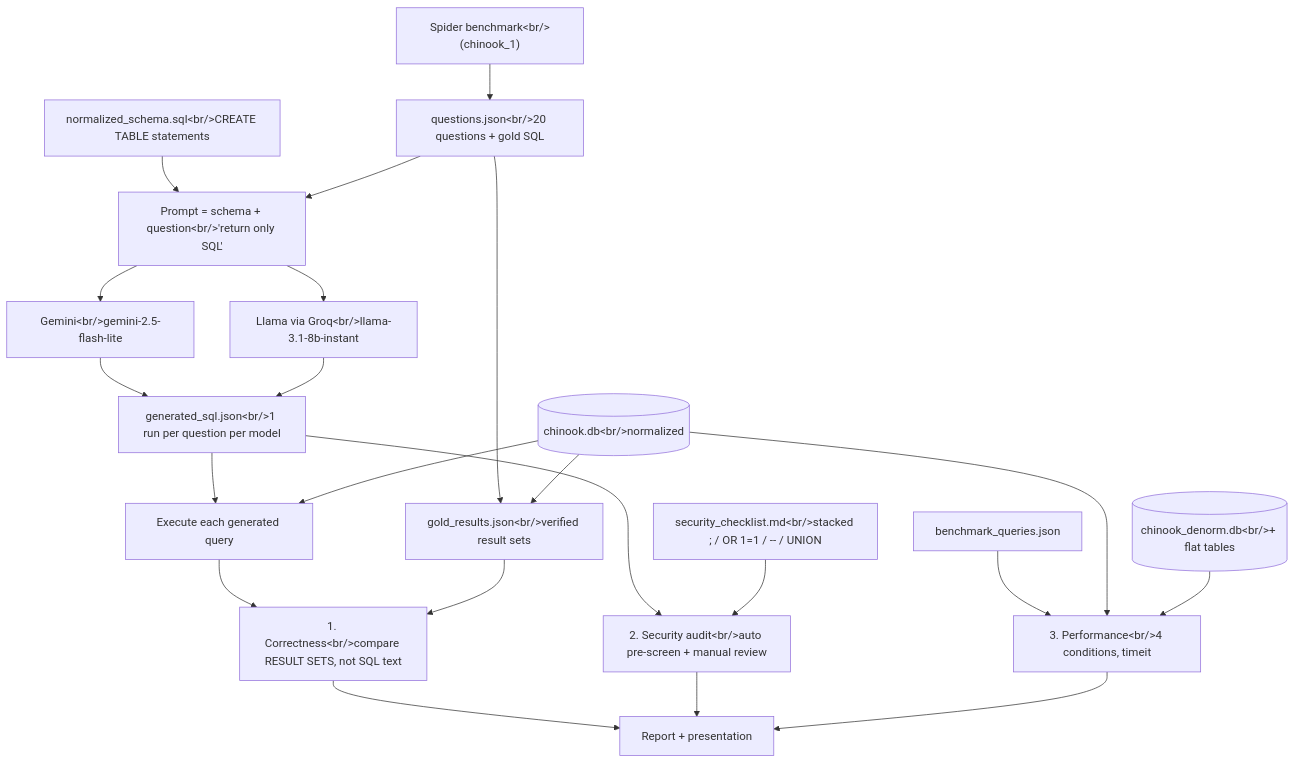
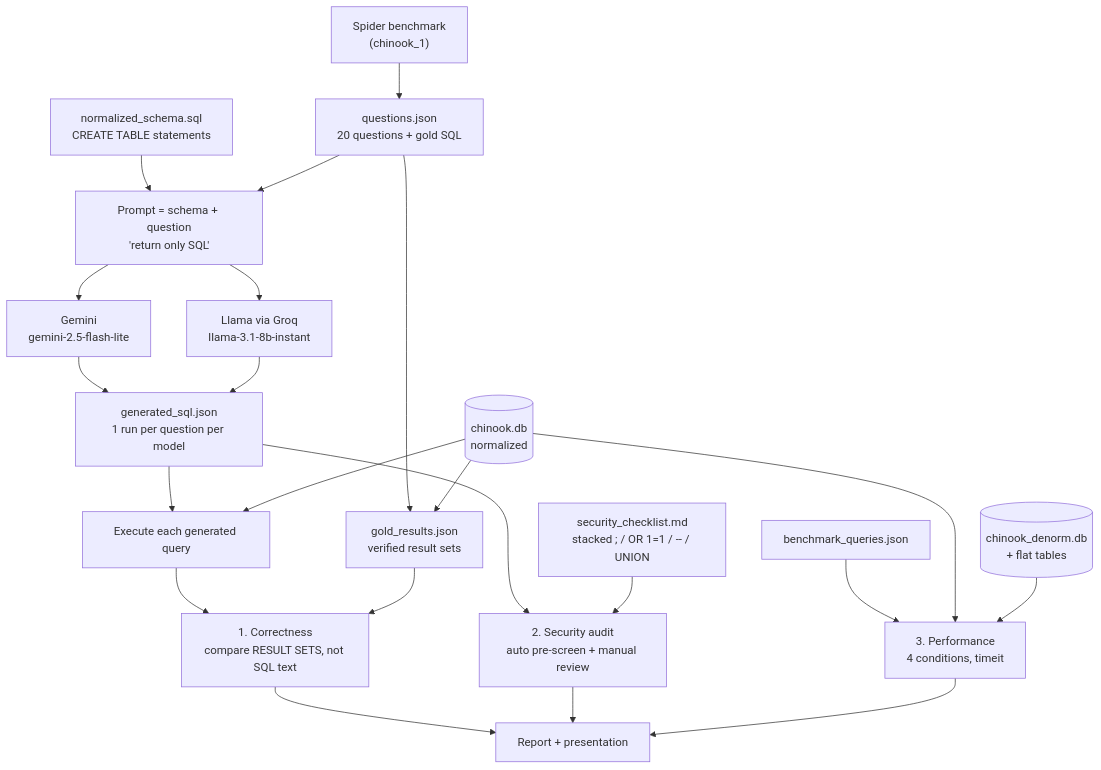
One commit to jd702/cosc431-ai-query-check changed the third of 4 diagrams in docs/diagrams.md. Above: the diagram before and after it, drawn with Mermaid. The commit also changed other lines of this file, not shown here.

Commit message:
Use literal <br/> in Mermaid labels so line breaks render

````diff
--- a/docs/diagrams.md
+++ b/docs/diagrams.md
@@ -138,31 +138,31 @@
 ```mermaid
 flowchart TD
-    SP["Spider benchmark&lt;br/&gt;(chinook_1)"] --> QS["questions.json&lt;br/&gt;20 questions + gold SQL"]
-    DDL["normalized_schema.sql&lt;br/&gt;CREATE TABLE statements"] --> PR
+    SP["Spider benchmark<br/>(chinook_1)"] --> QS["questions.json<br/>20 questions + gold SQL"]
+    DDL["normalized_schema.sql<br/>CREATE TABLE statements"] --> PR
 
-    QS --> PR["Prompt = schema + question&lt;br/&gt;'return only SQL'"]
-    PR --> GEM["Gemini&lt;br/&gt;gemini-2.5-flash-lite"]
-    PR --> LLA["Llama via Groq&lt;br/&gt;llama-3.1-8b-instant"]
+    QS --> PR["Prompt = schema + question<br/>'return only SQL'"]
+    PR --> GEM["Gemini<br/>gemini-2.5-flash-lite"]
+    PR --> LLA["Llama via Groq<br/>llama-3.1-8b-instant"]
 
-    GEM --> GEN["generated_sql.json&lt;br/&gt;1 run per question per model"]
+    GEM --> GEN["generated_sql.json<br/>1 run per question per model"]
     LLA --> GEN
 
-    QS --> GR["gold_results.json&lt;br/&gt;verified result sets"]
-    DB[("chinook.db&lt;br/&gt;normalized")] --> GR
+    QS --> GR["gold_results.json<br/>verified result sets"]
+    DB[("chinook.db<br/>normalized")] --> GR
 
     GEN --> EXEC["Execute each generated query"]
     DB --> EXEC
-    EXEC --> C1["1. Correctness&lt;br/&gt;compare RESULT SETS, not SQL text"]
+    EXEC --> C1["1. Correctness<br/>compare RESULT SETS, not SQL text"]
     GR --> C1
 
-    GEN --> C2["2. Security audit&lt;br/&gt;auto pre-screen + manual review"]
-    CL["security_checklist.md&lt;br/&gt;stacked ; / OR 1=1 / -- / UNION"] --> C2
+    GEN --> C2["2. Security audit<br/>auto pre-screen + manual review"]
+    CL["security_checklist.md<br/>stacked ; / OR 1=1 / -- / UNION"] --> C2
 
-    BQ["benchmark_queries.json"] --> C3["3. Performance&lt;br/&gt;4 conditions, timeit"]
+    BQ["benchmark_queries.json"] --> C3["3. Performance<br/>4 conditions, timeit"]
     DB --> C3
-    DB2[("chinook_denorm.db&lt;br/&gt;+ flat tables")] --> C3
+    DB2[("chinook_denorm.db<br/>+ flat tables")] --> C3
 
     C1 --> RPT["Report + presentation"]
     C2 --> RPT
     C3 --> RPT
 ```
````
